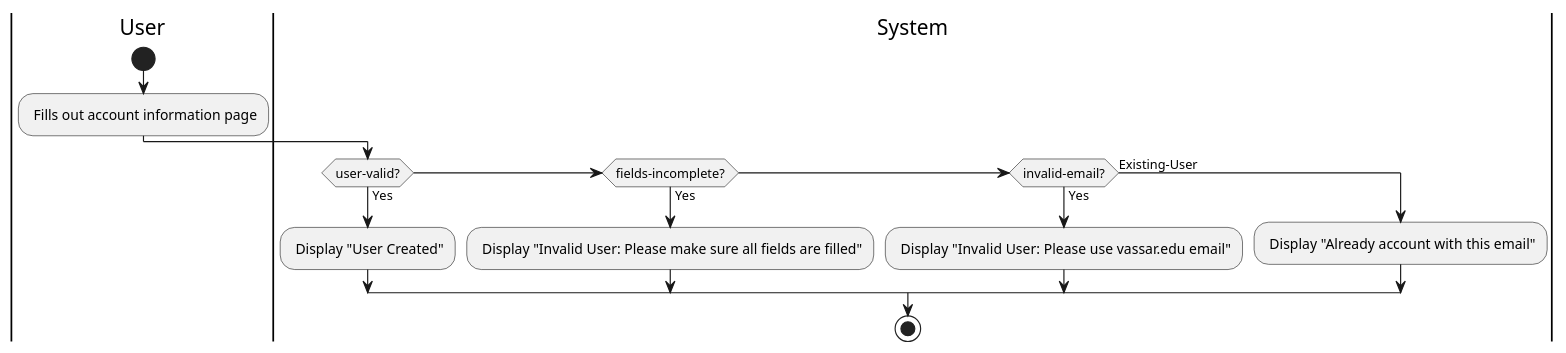
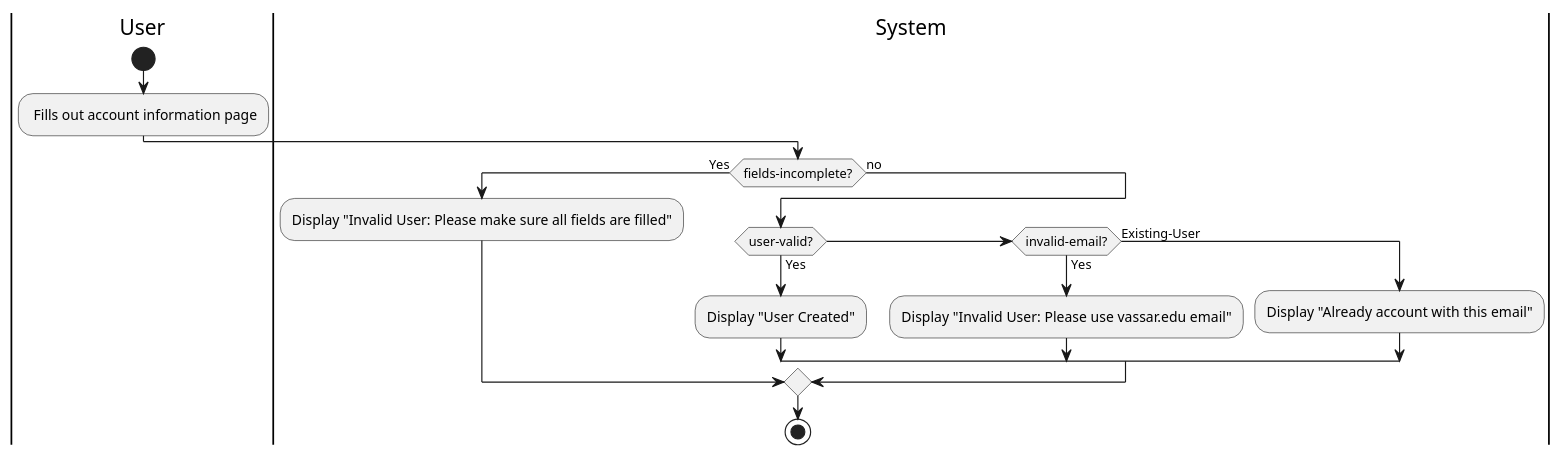
Before and after one commit to remyben-creator/Marketplace-Application: the diagram in IntelliJ/Doc/use-cases/validate-account.md, drawn with PlantUML. The commit also changed 7 other files, not shown here.

Commit message:
use case diagrams finalized

````diff
--- a/IntelliJ/Doc/use-cases/validate-account.md
+++ b/IntelliJ/Doc/use-cases/validate-account.md
@@ -11,17 +11,19 @@
 ```plantuml
 |User|
 start
 : Fills out account information page;
 |System|
-if (user-valid?) then (Yes)
-: Display "User Created";
-elseif (fields-incomplete?) then (Yes)
-: Display "Invalid User: Please make sure all fields are filled";
-elseif (invalid-email?) then (Yes)
-: Display "Invalid User: Please use vassar.edu email";
-else (Existing-User)
-: Display "Already account with this email";
+if (fields-incomplete?) then (Yes)
+ :Display "Invalid User: Please make sure all fields are filled";
+else (no)
+ if (user-valid?) then (Yes)
+  :Display "User Created";
+ elseif (invalid-email?) then (Yes)
+  :Display "Invalid User: Please use vassar.edu email";
+ else (Existing-User)
+  :Display "Already account with this email";
+ endif
 endif
 stop
 @enduml
 ```
````
